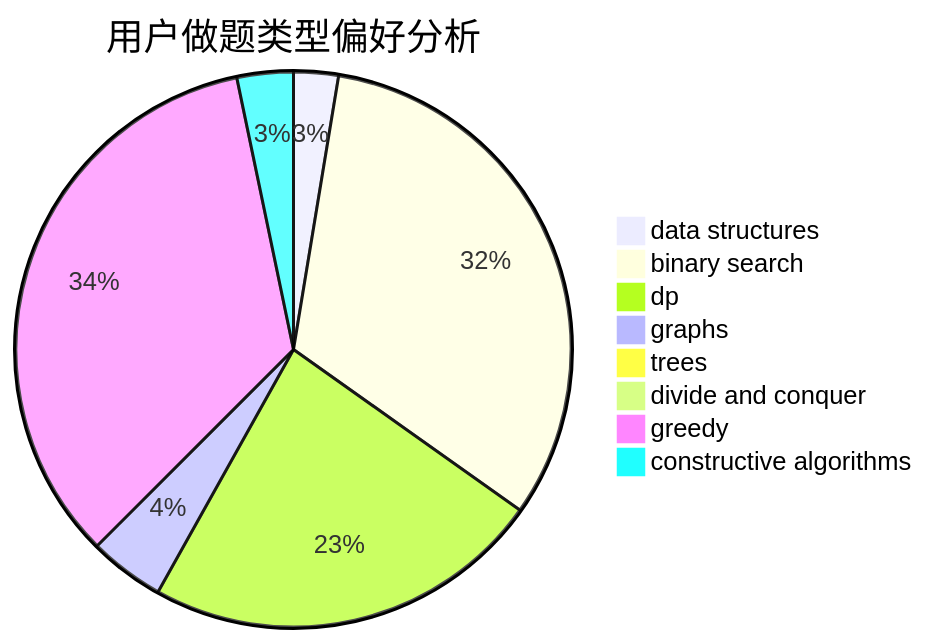
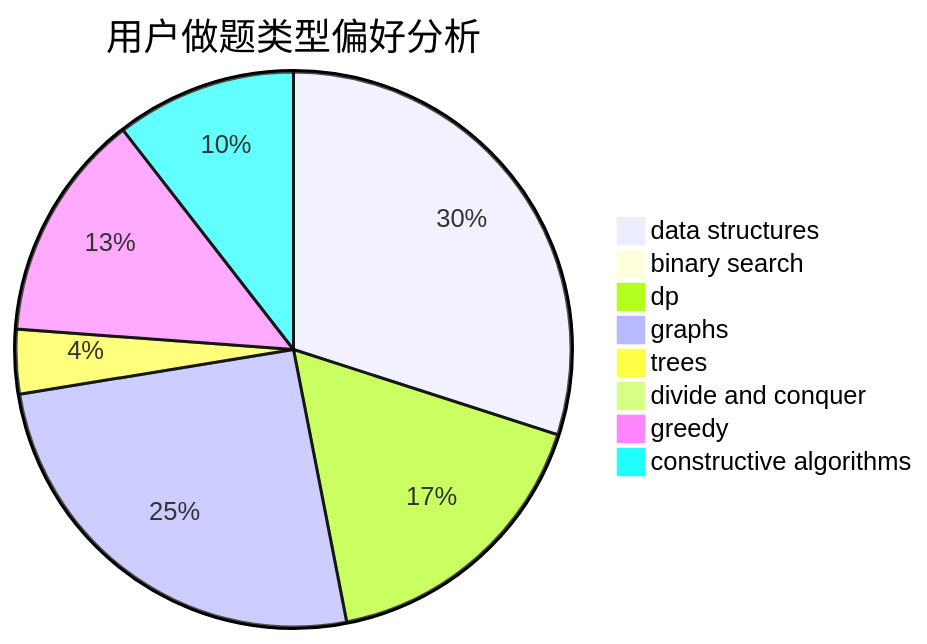
Before and after one commit to sherpahu/cfrs.github.io: the second of 3 diagrams in docs/user/u87.md, drawn with Mermaid. The commit also changed other lines of this file and 2770 other files, not shown here.

````diff
--- a/docs/user/u87.md
+++ b/docs/user/u87.md
@@ -23,11 +23,11 @@
 ```mermaid
 pie title 用户做题类型偏好分析
-    "data structures" :  35
-    "binary search" :  433
-    "dp" :  313
-    "graphs" :  59
-    "trees" :  8
-    "divide and conquer" :  0
-    "greedy" :  460
-    "constructive algorithms" :  44
+    "data structures" :  288
+    "binary search" :  5
+    "dp" :  163
+    "graphs" :  245
+    "trees" :  36
+    "divide and conquer" :  6
+    "greedy" :  128
+    "constructive algorithms" :  101
 ```
````
